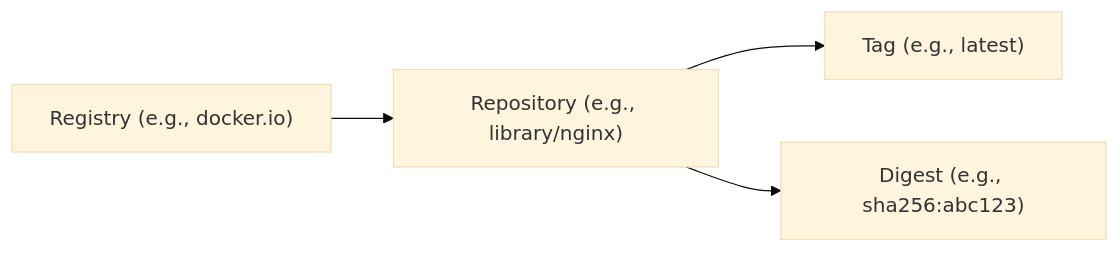
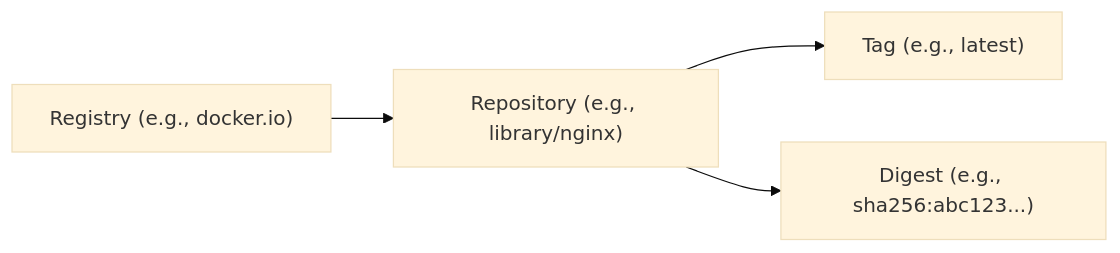
Before and after one commit to oras-project/oras-www: the diagram in docs/concepts/reference.mdx, drawn with Mermaid (base theme).

````diff
--- a/docs/concepts/reference.mdx
+++ b/docs/concepts/reference.mdx
@@ -72,10 +72,10 @@
 ```mermaid
 graph LR 
     A["Registry (e.g., docker.io)"]
     B["Repository (e.g., library/nginx)"]
     C["Tag (e.g., latest)"]
-    D["Digest (e.g., sha256:abc123)"]
+    D["Digest (e.g., sha256:abc123...)"]
     A --> B
     B --> C
     B --> D
 ```
````
